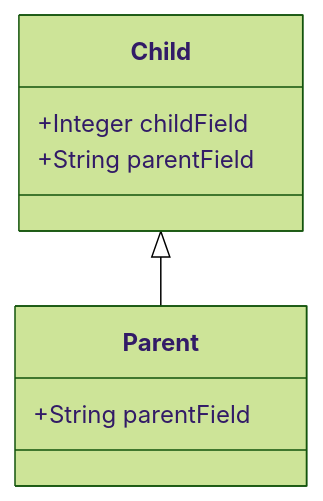
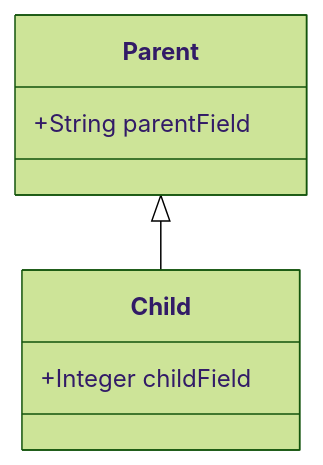
One commit to flemming-n-larsen/JSONSchema-to-Mermaid changed the sixth of 6 diagrams in README.md. Above: the diagram before and after it, drawn with Mermaid (forest theme). The commit also changed other lines of this file and 4 other files, not shown here.

Commit message:
Enhance MermaidGenerator to hide inherited properties in child schemas and update inheritance arrow direction

````diff
--- a/README.md
+++ b/README.md
@@ -308,11 +308,10 @@
 ```mermaid
 classDiagram
   class Parent {
     +String parentField
   }
   class Child {
     +Integer childField
-    +String parentField
   }
-  Child <|-- Parent
+  Parent <|-- Child
 ```
````
